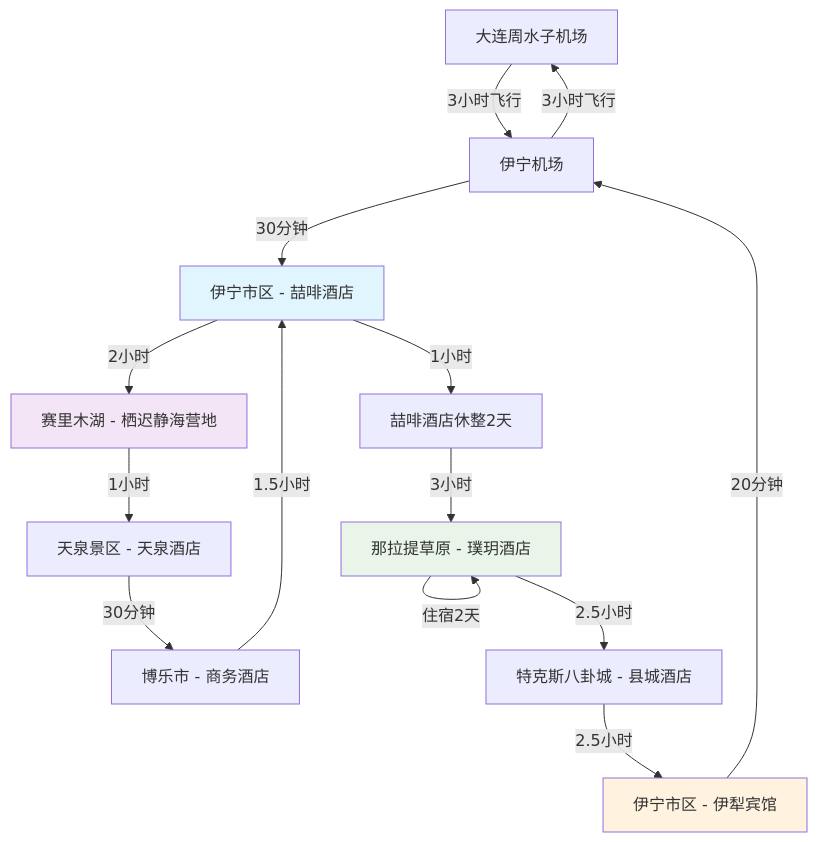
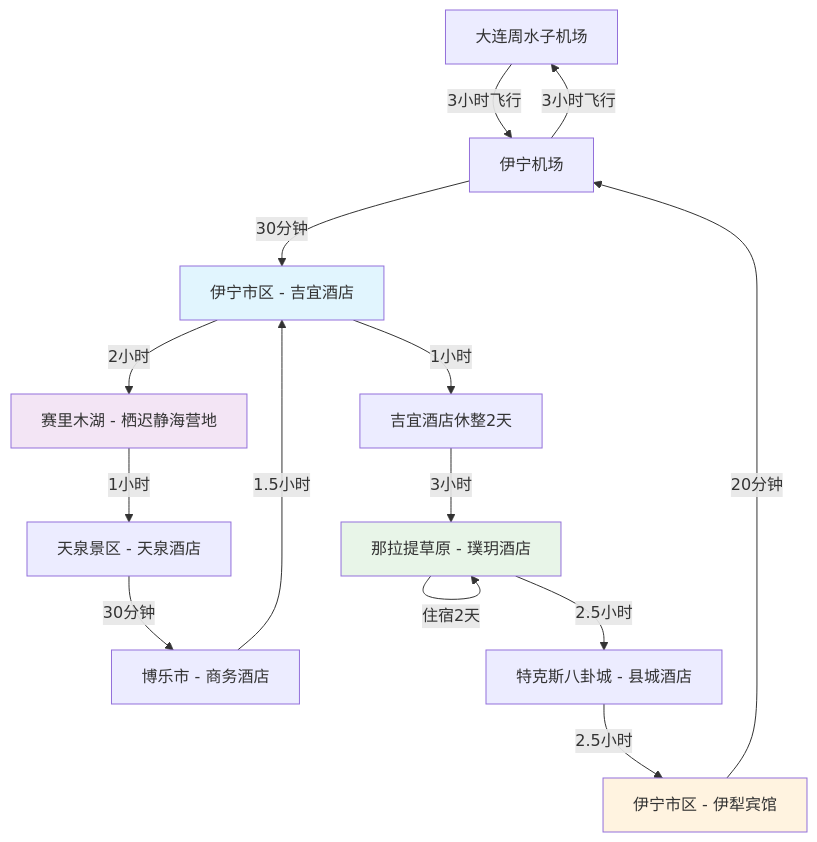
Before and after one commit to ming-xwolf/traveler: the fourth of 4 diagrams in 新疆伊犁旅游概览.md, drawn with Mermaid. The commit also changed other lines of this file and 8 other files, not shown here.

````diff
--- a/新疆伊犁旅游概览.md
+++ b/新疆伊犁旅游概览.md
@@ -336,21 +336,21 @@
 ```mermaid
 graph TD
     A[大连周水子机场] -->|3小时飞行| B[伊宁机场]
-    B -->|30分钟| C[伊宁市区 - 喆啡酒店]
+    B -->|30分钟| C[伊宁市区 - 吉宜酒店]
     C -->|2小时| D[赛里木湖 - 栖迟静海营地]
     D -->|1小时| E[天泉景区 - 天泉酒店]
     E -->|30分钟| F[博乐市 - 商务酒店]
     F -->|1.5小时| C
-    C -->|1小时| G[喆啡酒店休整2天]
+    C -->|1小时| G[吉宜酒店休整2天]
     G -->|3小时| H[那拉提草原 - 璞玥酒店]
     H -->|住宿2天| H
     H -->|2.5小时| I[特克斯八卦城 - 县城酒店]
     I -->|2.5小时| J[伊宁市区 - 伊犁宾馆]
     J -->|20分钟| B
     B -->|3小时飞行| A
     
     style C fill:#e1f5fe
     style D fill:#f3e5f5
     style H fill:#e8f5e8
     style J fill:#fff3e0
 ```
````
